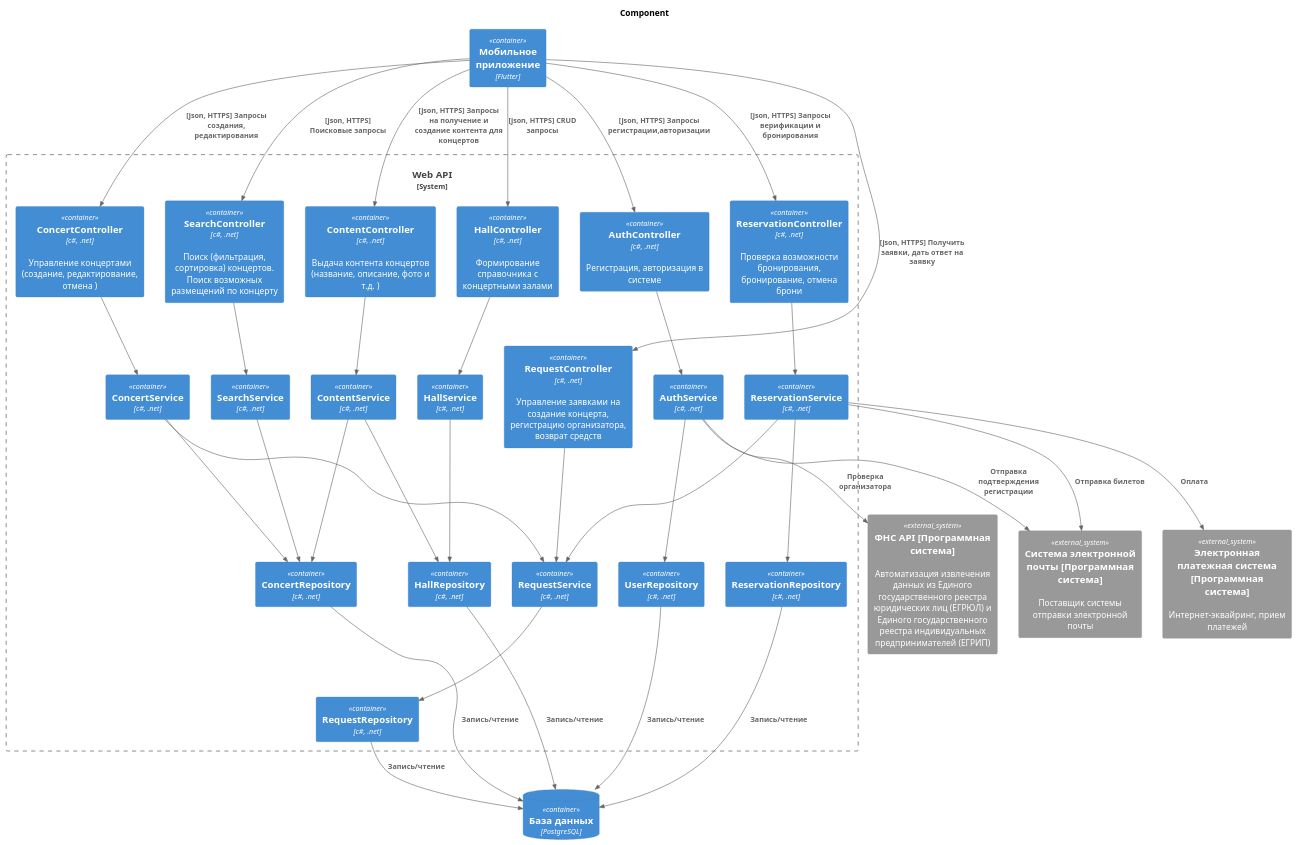
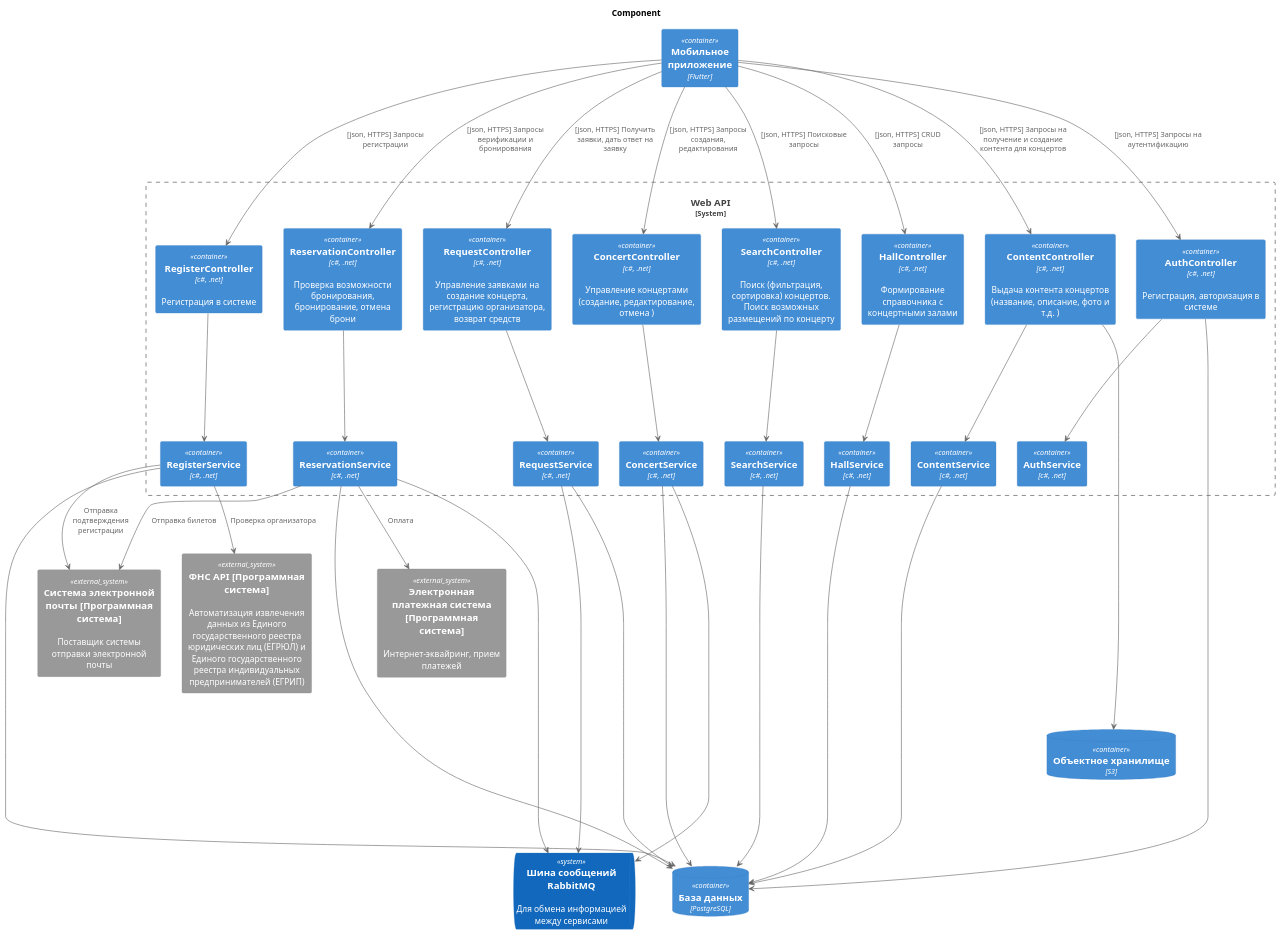
Before and after one commit to Marillinnka/PPO: the diagram in 2. Технический проект/C4 components diagram.puml, drawn with PlantUML. The commit also changed 9 other files, not shown here.

Commit message:
Добавили диаграммы

```diff
--- a/2. Технический проект/C4 components diagram.puml
+++ b/2. Технический проект/C4 components diagram.puml
@@ -1,100 +1,101 @@
 !include https://raw.githubusercontent.com/plantuml-stdlib/C4-PlantUML/master/C4_Container.puml
 
 title Component
 
 Container(mobile_app, "Мобильное приложение", "Flutter", "")
 
 System_Boundary(message_processing_system, "Web API"){
 
-    Container(auth_controller, "AuthController", "c#, .net", "Регистрация, авторизация в системе")
+    Container(register_controller, "RegisterController", "c#, .net", "Регистрация в системе")
 
     Container(reservation_controller, "ReservationController", "c#, .net", "Проверка возможности бронирования, бронирование, отмена брони")
 
     Container(request_controller, "RequestController", "c#, .net", "Управление заявками на создание концерта, регистрацию организатора, возврат средств")
 
     Container(concert_controller, "ConcertController", "c#, .net", "Управление концертами (создание, редактирование, отмена )")
 
     Container(search_controller, "SearchController", "c#, .net", "Поиск (фильтрация, сортировка) концертов. Поиск возможных размещений по концерту")
 
     Container(content_controller, "ContentController", "c#, .net", "Выдача контента концертов (название, описание, фото и т.д. )")
 
     Container(hall_controller, "HallController", "c#, .net", "Формирование справочника с концертными залами")
 
+    Container(auth_controller, "AuthController", "c#, .net", "Регистрация, авторизация в системе")
 
 
-    Container(auth_service, "AuthService", "c#, .net", "")
+
+
+    Container(register_service, "RegisterService", "c#, .net", "")
 
     Container(reservation_service, "ReservationService", "c#, .net", "")
 
     Container(request_service, "RequestService", "c#, .net", "")
 
     Container(concert_service, "ConcertService", "c#, .net", "")
 
     Container(search_service, "SearchService", "c#, .net", "")
 
     Container(content_service, "ContentService", "c#, .net", "")
 
     Container(hall_service, "HallService", "c#, .net", "")
     
-
-
-
-    Container(user_repository, "UserRepository", "c#, .net", "")
-
-    Container(reservation_repository, "ReservationRepository", "c#, .net", "")
-
-    Container(request_repository, "RequestRepository", "c#, .net", "")
-
-    Container(concert_repository, "ConcertRepository", "c#, .net", "")
-
-    Container(hall_repository, "HallRepository", "c#, .net", "")
+    Container(auth_service, "AuthService", "c#, .net", "")
 }
 
-ContainerDb(DataBase, "База данных", "PostgreSQL", "")
+ContainerDb(ReadDataBase, "База данных", "PostgreSQL", "")
+
+ContainerDb(SaveDataBase, "Объектное хранилище", "S3", "")
+
+SystemQueue(MessageBus, "Шина сообщений RabbitMQ", "Для обмена информацией между сервисами")
 
 System_Ext(FNS, "ФНС API [Программная система]", "Автоматизация извлечения данных из Единого государственного реестра юридических лиц (ЕГРЮЛ) и Единого государственного реестра индивидуальных предпринимателей (ЕГРИП)")
 
 System_Ext(Email, "Cистема электронной почты [Программная система]", "Поставщик системы отправки электронной почты")
 
 System_Ext(PaymentSystem, "Электронная платежная система [Программная система]", "Интернет-эквайринг, прием платежей")
 
+mobile_app ---> register_controller : "[json, HTTPS] Запросы регистрации"
 
-Rel(mobile_app, auth_controller, "[json, HTTPS] Запросы регистрации,авторизации")
-Rel(mobile_app, reservation_controller, "[json, HTTPS] Запросы верификации и бронирования")
-Rel(mobile_app, request_controller, "[json, HTTPS] Получить заявки, дать ответ на заявку")
-Rel(mobile_app, concert_controller, "[json, HTTPS] Запросы создания, редактирования")
-Rel(mobile_app, search_controller, "[json, HTTPS] Поисковые запросы")
-Rel(mobile_app, content_controller, "[json, HTTPS] Запросы на получение и создание контента для концертов")
-Rel(mobile_app, hall_controller, "[json, HTTPS] CRUD запросы")
+mobile_app ---> reservation_controller : "[json, HTTPS] Запросы верификации и бронирования"
 
-Rel(auth_controller, auth_service, "")
-Rel(reservation_controller, reservation_service, "")
-Rel(request_controller, request_service, "")
-Rel(concert_controller, concert_service, "")
-Rel(search_controller, search_service, "")
-Rel(content_controller, content_service, "")
-Rel(hall_controller, hall_service, "")
+mobile_app ---> request_controller : "[json, HTTPS] Получить заявки, дать ответ на заявку"
 
-Rel(reservation_service, request_service, "")
-Rel(concert_service, request_service, "")
+mobile_app ---> concert_controller : "[json, HTTPS] Запросы создания, редактирования"
 
-Rel(auth_service, user_repository, "")
-Rel(reservation_service, reservation_repository, "")
-Rel(request_service, request_repository, "")
-Rel(concert_service, concert_repository, "")
-Rel(search_service, concert_repository, "")
-Rel(content_service, concert_repository, "")
-Rel(content_service, hall_repository, "")
-Rel(hall_service, hall_repository, "")
+mobile_app ---> search_controller :"[json, HTTPS] Поисковые запросы"
 
-Rel(user_repository, DataBase, "Запись/чтение")
-Rel(reservation_repository, DataBase, "Запись/чтение")
-Rel(request_repository, DataBase, "Запись/чтение")
-Rel(concert_repository, DataBase, "Запись/чтение")
-Rel(hall_repository, DataBase, "Запись/чтение")
+mobile_app ---> content_controller : "[json, HTTPS] Запросы на получение и создание контента для концертов"
+
+mobile_app ---> hall_controller : "[json, HTTPS] CRUD запросы"
+
+mobile_app ---> auth_controller : "[json, HTTPS] Запросы на аутентификацию"
+
+register_controller ----> register_service
+reservation_controller ----> reservation_service
+request_controller ----> request_service
+concert_controller ----> concert_service
+search_controller ----> search_service
+content_controller ----> content_service
+hall_controller ----> hall_service
+auth_controller ----> auth_service
+
+register_service -----> ReadDataBase
+reservation_service -----> ReadDataBase
+request_service -----> ReadDataBase
+concert_service -----> ReadDataBase
+search_service -----> ReadDataBase
+content_service -----> ReadDataBase
+hall_service -----> ReadDataBase
+auth_controller ----> ReadDataBase
+
+reservation_service -----> MessageBus
+request_service -----> MessageBus
+concert_service -----> MessageBus
+
+content_controller ------> SaveDataBase
 
 
-Rel(auth_service, FNS, "Проверка организатора")
-Rel(auth_service, Email, "Отправка подтверждения регистрации")
-Rel(reservation_service, Email, "Отправка билетов")
-Rel(reservation_service, PaymentSystem, "Оплата")
+register_service --> FNS : "Проверка организатора"
+register_service --> Email : "Отправка подтверждения регистрации"
+reservation_service --> Email : "Отправка билетов"
+reservation_service --> PaymentSystem : "Оплата"
```
